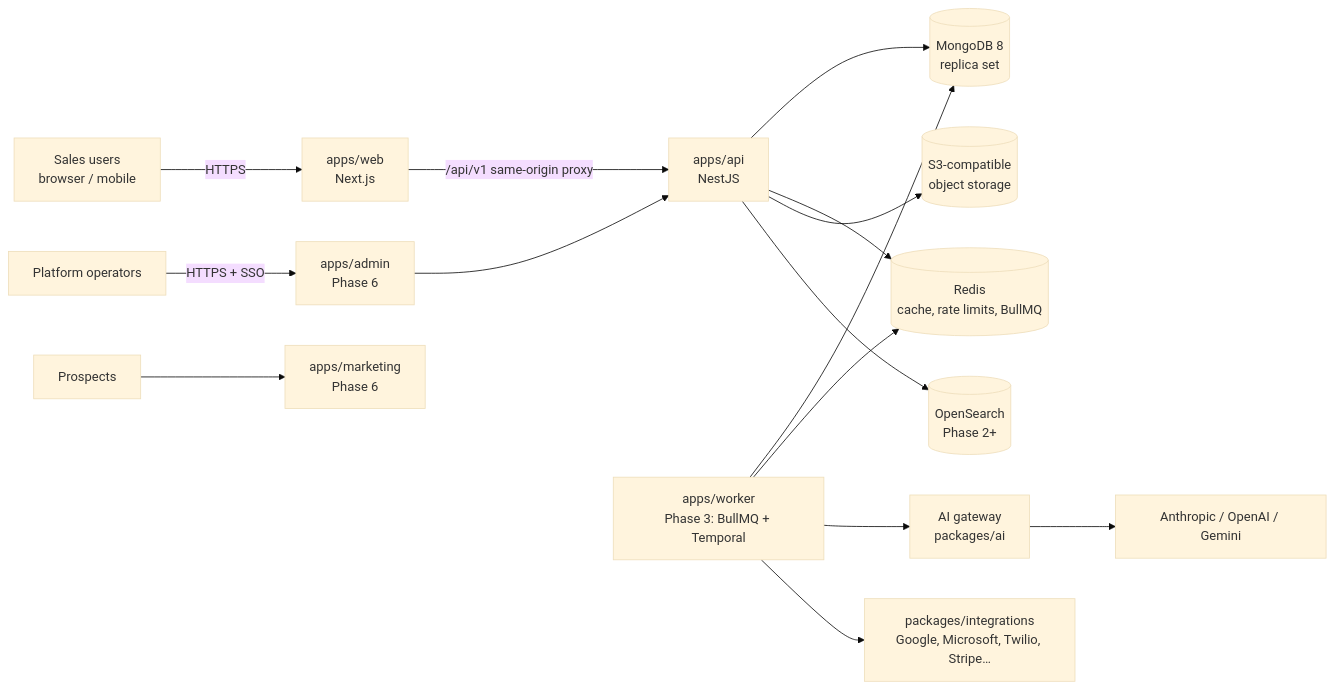
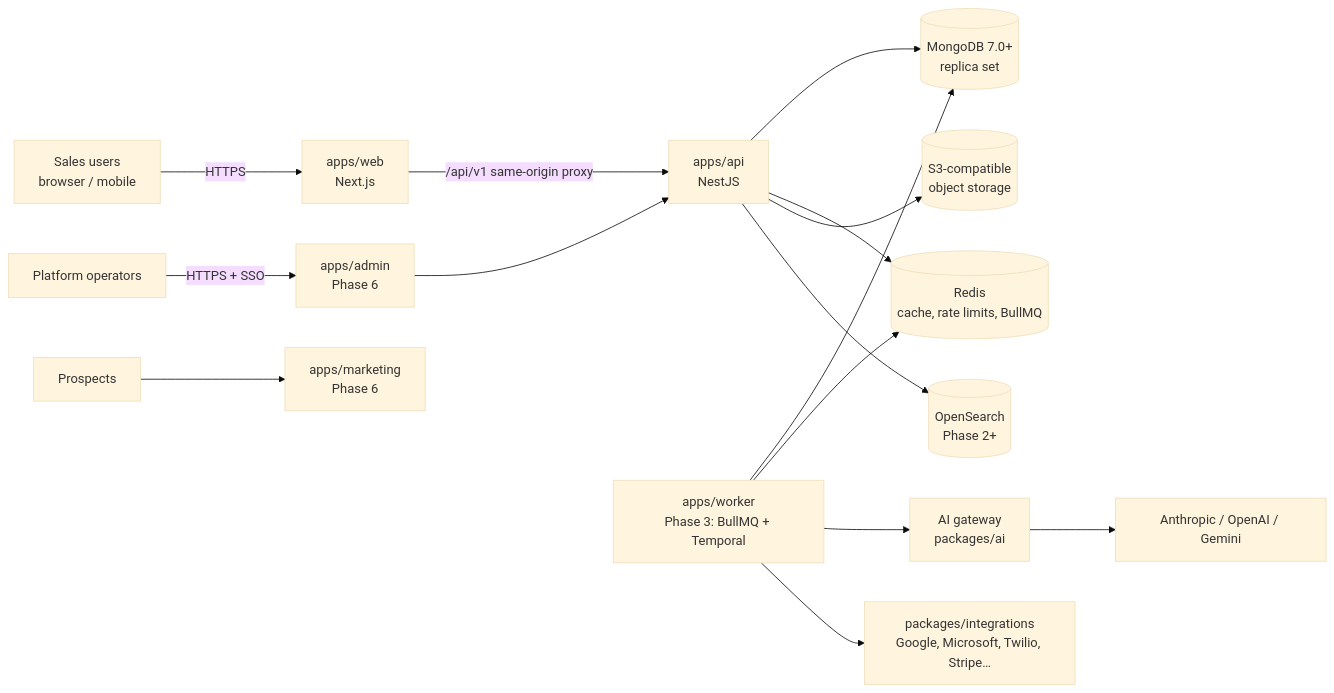
The diagram in docs/ARCHITECTURE.md (kunalsharma-ai/SampForce), drawn with Mermaid (base theme) before and after one commit. The commit also changed other lines of this file and 10 other files, not shown here.

````diff
--- a/docs/ARCHITECTURE.md
+++ b/docs/ARCHITECTURE.md
@@ -18,17 +18,17 @@
 ```mermaid
 flowchart LR
   user[Sales users<br/>browser / mobile] -->|HTTPS| web[apps/web<br/>Next.js]
   admin[Platform operators] -->|HTTPS + SSO| adminapp[apps/admin<br/>Phase 6]
   visitor[Prospects] --> marketing[apps/marketing<br/>Phase 6]
   web -->|/api/v1 same-origin proxy| api[apps/api<br/>NestJS]
   adminapp --> api
-  api --> pg[(MongoDB 8<br/>replica set)]
+  api --> pg[(MongoDB 7.0+<br/>replica set)]
   api --> redis[(Redis<br/>cache, rate limits, BullMQ)]
   api --> s3[(S3-compatible<br/>object storage)]
   worker[apps/worker<br/>Phase 3: BullMQ + Temporal] --> pg
   worker --> redis
   worker --> ai[AI gateway<br/>packages/ai]
   ai --> providers[Anthropic / OpenAI / Gemini]
   worker --> integrations[packages/integrations<br/>Google, Microsoft, Twilio, Stripe…]
   api --> search[(OpenSearch<br/>Phase 2+)]
 ```
````
